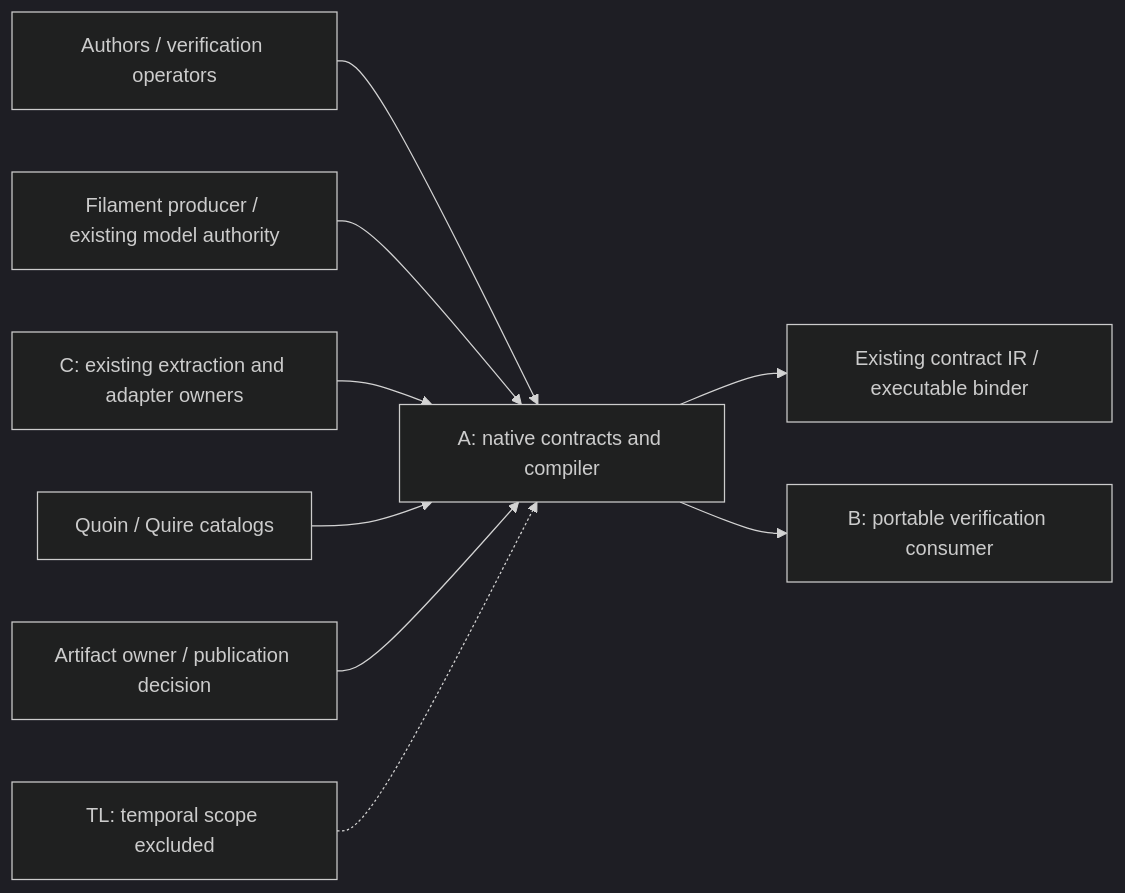
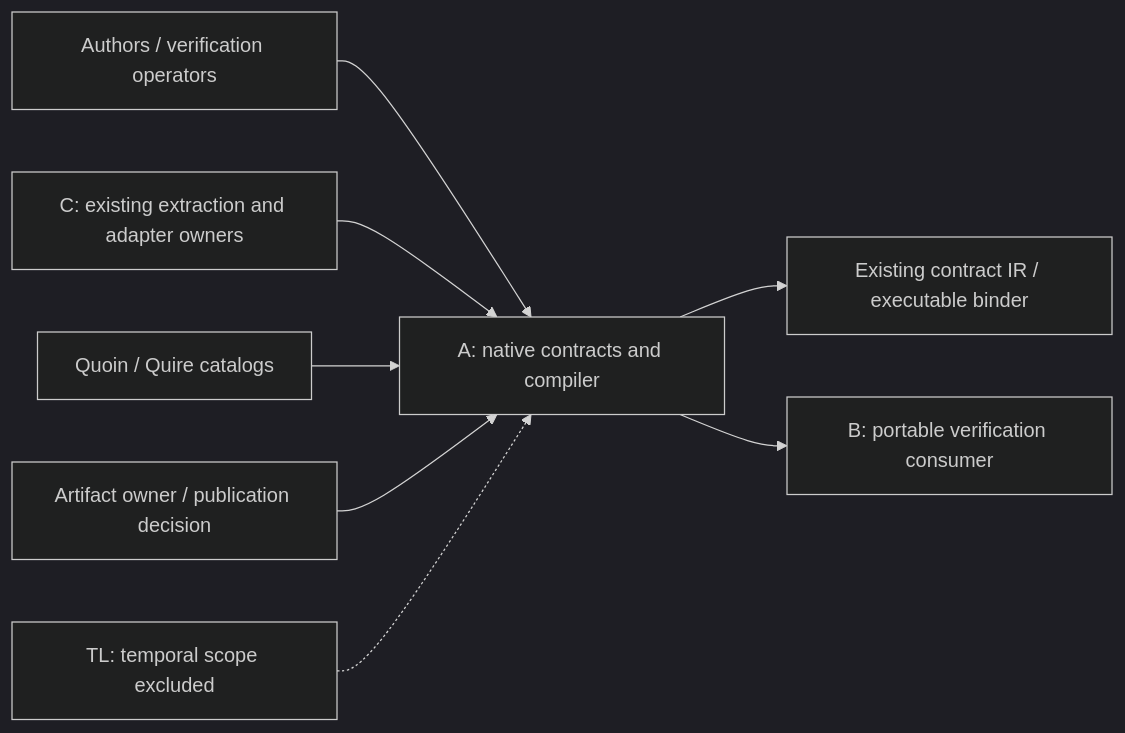
The diagram in spec/reviews/scope-boundary.md (agent-ix/quire-specification), drawn with Mermaid (dark theme) before and after one commit. The commit also changed other lines of this file and 69 other files, not shown here.

````diff
--- a/spec/reviews/scope-boundary.md
+++ b/spec/reviews/scope-boundary.md
@@ -40,11 +40,10 @@
 ```mermaid
 flowchart LR
   Authors["Authors / verification operators"] --> A["A: native contracts and compiler"]
-  Filament["Filament producer / existing model authority"] --> A
   C["C: existing extraction and adapter owners"] --> A
   A --> IR["Existing contract IR / executable binder"]
   A --> B["B: portable verification consumer"]
   Catalog["Quoin / Quire catalogs"] --> A
   Owner["Artifact owner / publication decision"] --> A
   TL["TL: temporal scope excluded"] -.-> A
 ```
````
